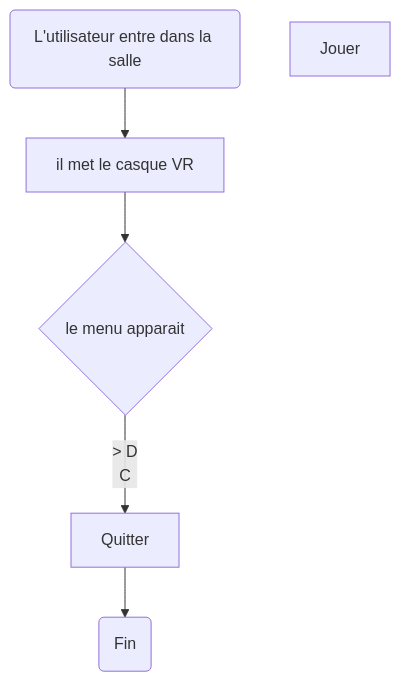
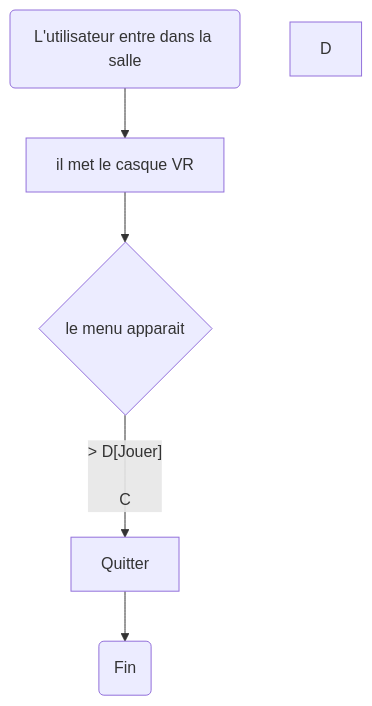
Before and after one commit to samesthumain/sac-de-sable: the diagram in README.md, drawn with Mermaid.

````diff
--- a/README.md
+++ b/README.md
@@ -5,9 +5,10 @@
 ```mermaid
 flowchart TD
     A(L'utilisateur entre dans la salle) --> B[il met le casque VR]
     B --> C{le menu apparait}
-    C --­­­­> D
+    C --­­­­> D[Jouer]
+
     C --> E[Quitter]
     E --> G(Fin)
-    D[Jouer]
+    D
 ```
````
